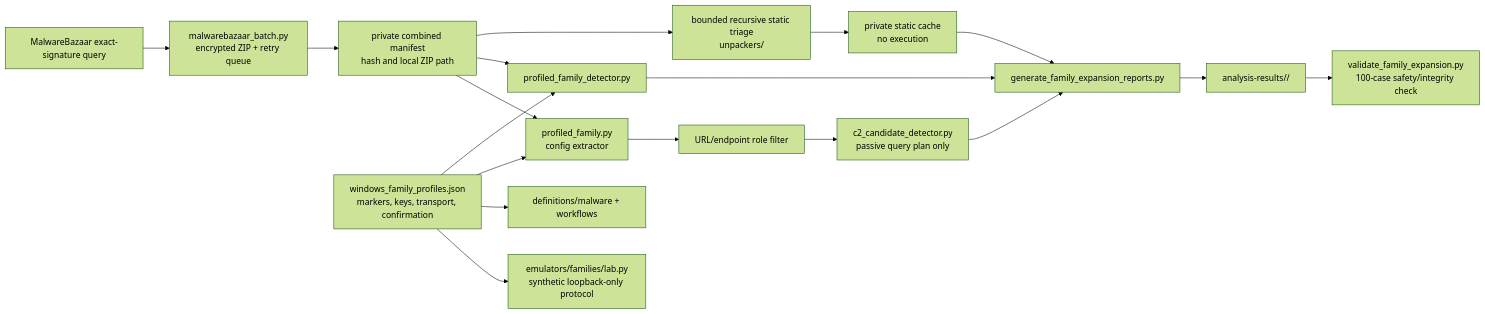
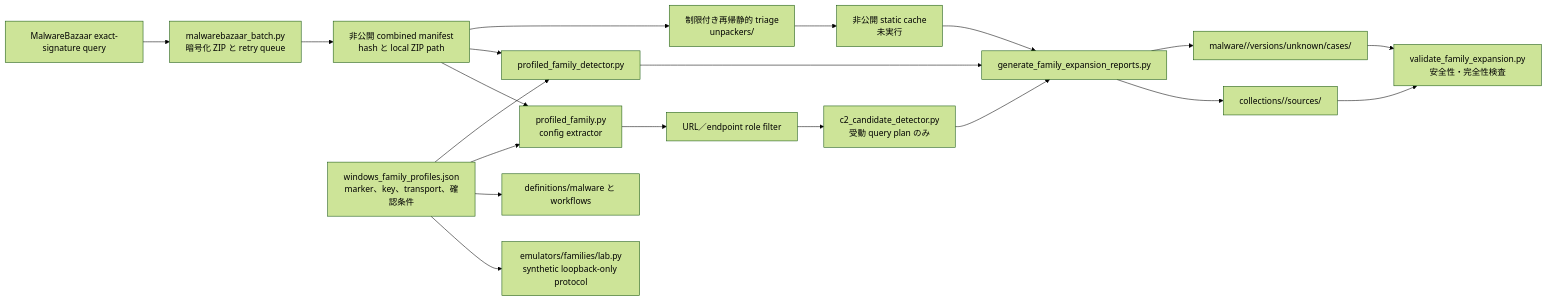
Before and after one commit to proshiba/AI-security-analysis: the diagram in analysis-framework/docs/PROFILED-FAMILY-EXPANSION.md, drawn with Mermaid (forest theme). The commit also changed other lines of this file and 4408 other files, not shown here.

````diff
--- a/analysis-framework/docs/PROFILED-FAMILY-EXPANSION.md
+++ b/analysis-framework/docs/PROFILED-FAMILY-EXPANSION.md
@@ -35,20 +26,22 @@
 ```mermaid
 flowchart LR
-    MB["MalwareBazaar exact-signature query"] --> ACQ["malwarebazaar_batch.py<br/>encrypted ZIP + retry queue"]
-    ACQ --> MAN["private combined manifest<br/>hash and local ZIP path"]
-    MAN --> TRIAGE["bounded recursive static triage<br/>unpackers/"]
-    TRIAGE --> CACHE["private static cache<br/>no execution"]
-    PROFILE["windows_family_profiles.json<br/>markers, keys, transport, confirmation"] --> DET["profiled_family_detector.py"]
+    MB["MalwareBazaar exact-signature query"] --> ACQ["malwarebazaar_batch.py<br/>暗号化 ZIP と retry queue"]
+    ACQ --> MAN["非公開 combined manifest<br/>hash と local ZIP path"]
+    MAN --> TRIAGE["制限付き再帰静的 triage<br/>unpackers/"]
+    TRIAGE --> CACHE["非公開 static cache<br/>未実行"]
+    PROFILE["windows_family_profiles.json<br/>marker、key、transport、確認条件"] --> DET["profiled_family_detector.py"]
     PROFILE --> EXT["profiled_family.py<br/>config extractor"]
-    PROFILE --> DEF["definitions/malware + workflows"]
+    PROFILE --> DEF["definitions/malware と workflows"]
     PROFILE --> EMU["emulators/families/lab.py<br/>synthetic loopback-only protocol"]
     MAN --> DET
     MAN --> EXT
     CACHE --> REPORT["generate_family_expansion_reports.py"]
     DET --> REPORT
-    EXT --> ROLE["URL/endpoint role filter"]
-    ROLE --> C2["c2_candidate_detector.py<br/>passive query plan only"]
+    EXT --> ROLE["URL／endpoint role filter"]
+    ROLE --> C2["c2_candidate_detector.py<br/>受動 query plan のみ"]
     C2 --> REPORT
-    REPORT --> RESULTS["analysis-results/<family>/<run-id>"]
-    RESULTS --> VALIDATE["validate_family_expansion.py<br/>100-case safety/integrity check"]
+    REPORT --> CASES["malware/<family>/versions/unknown/cases/<sha256>"]
+    REPORT --> COLLECTION["collections/<run-id>/sources/<family>"]
+    CASES --> VALIDATE["validate_family_expansion.py<br/>安全性・完全性検査"]
+    COLLECTION --> VALIDATE
 ```
````
